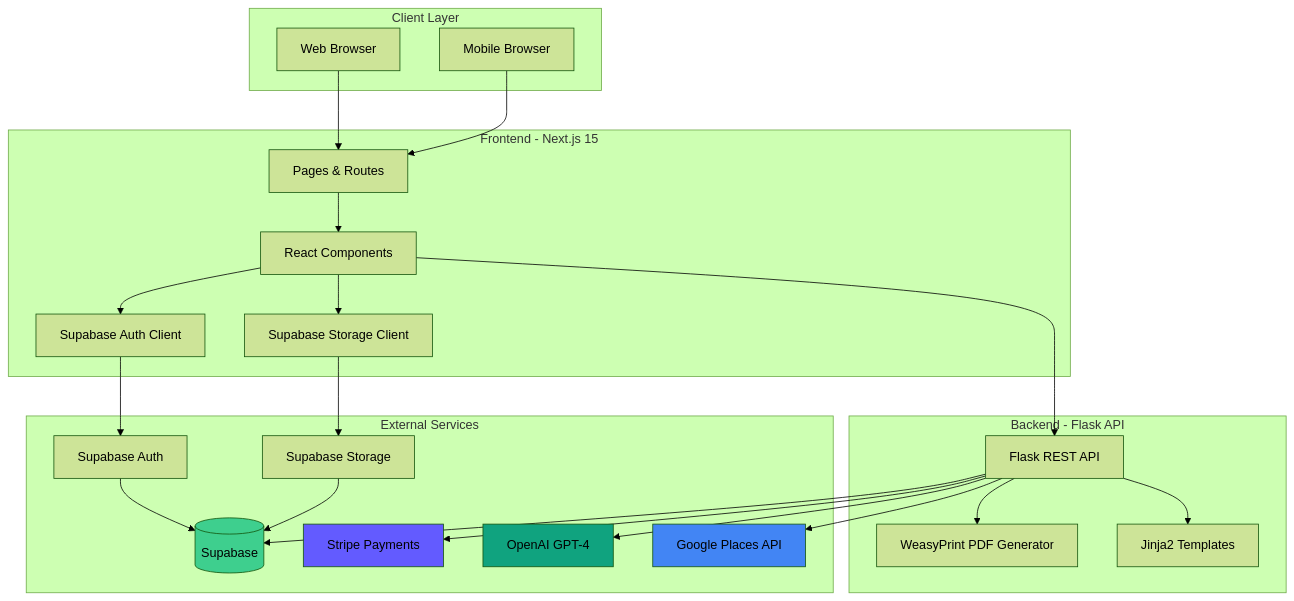
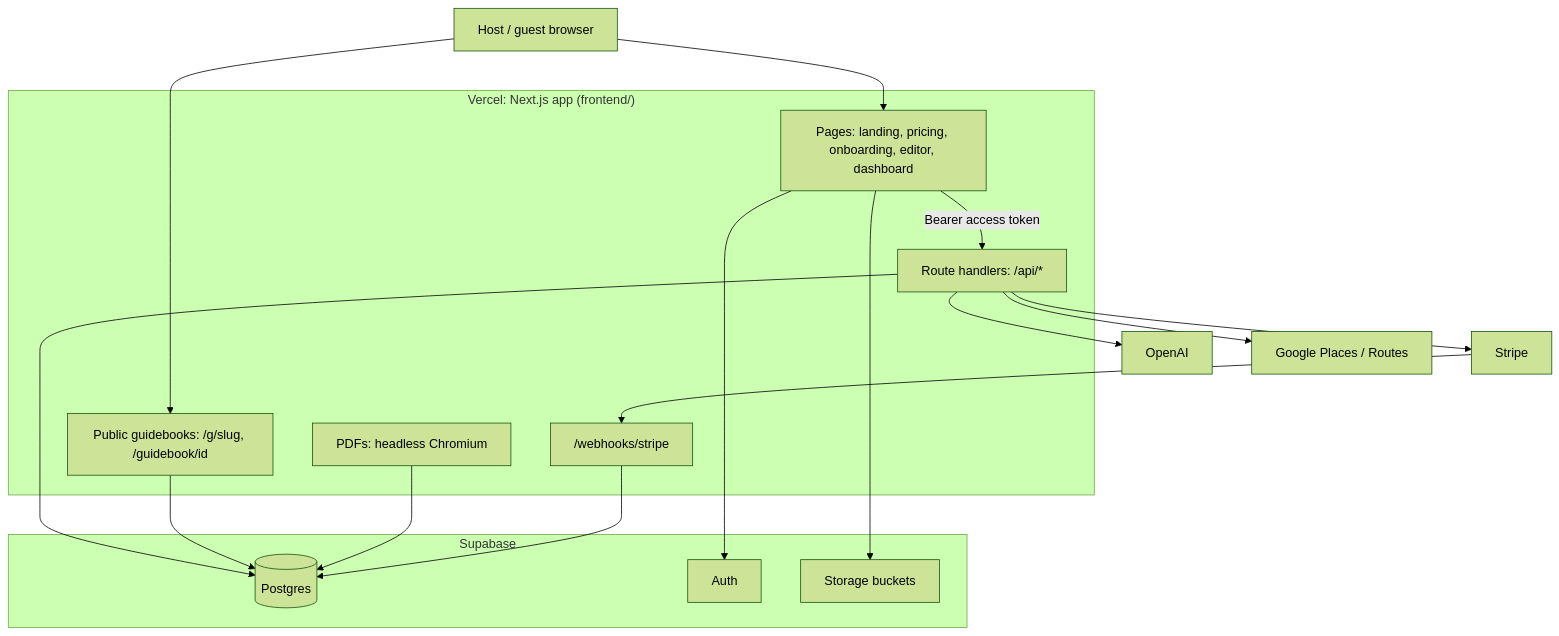
The diagram in ARCHITECTURE.md (hukahuka77/Guidewise), drawn with Mermaid (forest theme) before and after one commit. The commit also changed other lines of this file and 110 other files, not shown here.

First line of the commit message:
Remove the Flask backend and all Render remnants (#76)

````diff
--- a/ARCHITECTURE.md
+++ b/ARCHITECTURE.md
@@ -5,53 +6,32 @@
 ```mermaid
 graph TB
-    subgraph "Client Layer"
-        Browser[Web Browser]
-        Mobile[Mobile Browser]
+    Browser[Host / guest browser]
+    subgraph Vercel["Vercel: Next.js app (frontend/)"]
+        Pages[Pages: landing, pricing, onboarding, editor, dashboard]
+        API["Route handlers: /api/*"]
+        Public["Public guidebooks: /g/slug, /guidebook/id"]
+        PDF["PDFs: headless Chromium"]
+        Webhook["/webhooks/stripe"]
     end
-
-    subgraph "Frontend - Next.js 15"
-        Pages[Pages & Routes]
-        Components[React Components]
-        Auth[Supabase Auth Client]
-        Storage[Supabase Storage Client]
+    subgraph Supabase
+        DB[(Postgres)]
+        Auth[Auth]
+        Storage[Storage buckets]
     end
-
-    subgraph "Backend - Flask API"
-        API[Flask REST API]
-        PDF[WeasyPrint PDF Generator]
-        Templates[Jinja2 Templates]
-    end
-
-    subgraph "External Services"
-        Supabase[(Supabase)]
-        SupaAuth[Supabase Auth]
-        SupaStorage[Supabase Storage]
-        Stripe[Stripe Payments]
-        OpenAI[OpenAI GPT-4]
-        GooglePlaces[Google Places API]
-    end
+    Stripe[Stripe]
+    OpenAI[OpenAI]
+    Google[Google Places / Routes]
 
     Browser --> Pages
-    Mobile --> Pages
-    Pages --> Components
-    Components --> Auth
-    Components --> Storage
-    Components --> API
-
-    API --> PDF
-    API --> Templates
-    API --> Supabase
+    Browser --> Public
+    Pages -->|Bearer access token| API
+    Pages --> Auth
+    Pages --> Storage
+    API --> DB
+    API --> OpenAI
+    API --> Google
     API --> Stripe
-    API --> OpenAI
-    API --> GooglePlaces
-
-    Auth --> SupaAuth
-    Storage --> SupaStorage
-    SupaAuth --> Supabase
-    SupaStorage --> Supabase
-
-    style Supabase fill:#3ecf8e
-    style Stripe fill:#635bff
-    style OpenAI fill:#10a37f
-    style GooglePlaces fill:#4285f4
+    Public --> DB
+    PDF --> DB
+    Stripe --> Webhook --> DB
 ```
````
